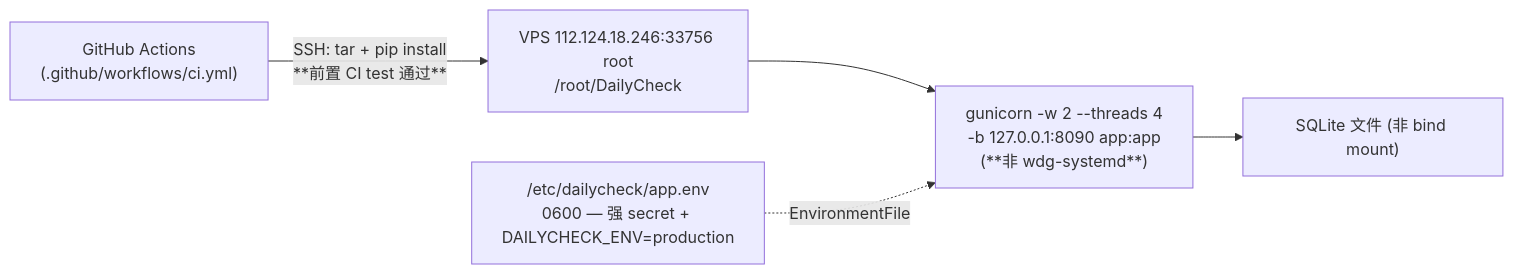
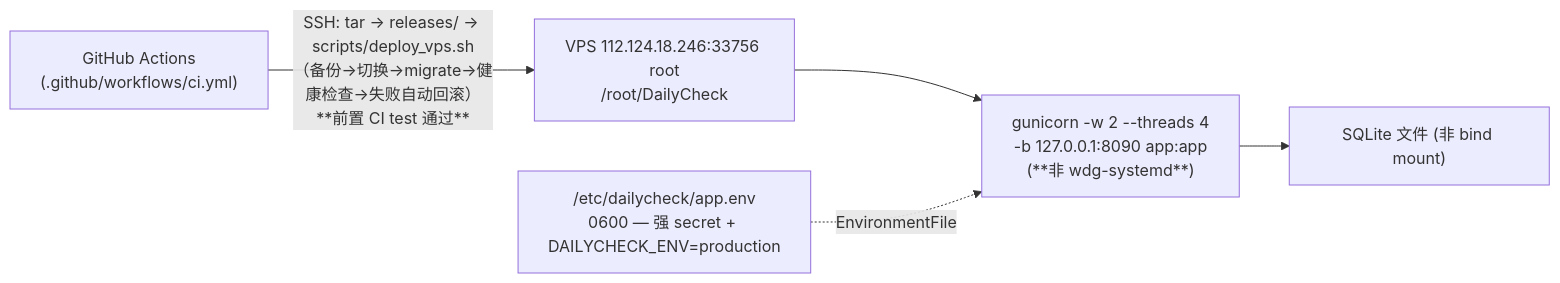
The third of 17 diagrams in docs/ARCHITECTURE.md (ericmr1981/DailyCheck), drawn with Mermaid before and after one commit. The commit also changed other lines of this file and 6 other files, not shown here.

````diff
--- a/docs/ARCHITECTURE.md
+++ b/docs/ARCHITECTURE.md
@@ -114,13 +114,13 @@
 ```mermaid
 flowchart LR
     GitHub["GitHub Actions<br/>(.github/workflows/ci.yml)"]
     VPS["VPS 112.124.18.246:33756 root<br/>/root/DailyCheck"]
     Gunicorn["gunicorn -w 2 --threads 4<br/>-b 127.0.0.1:8090 app:app<br/>(**非 wdg-systemd**)"]
     SQLite["SQLite 文件 (非 bind mount)"]
     Secrets["/etc/dailycheck/app.env<br/>0600 — 强 secret + DAILYCHECK_ENV=production"]
 
-    GitHub -->|SSH: tar + pip install<br/>**前置 CI test 通过**| VPS
+    GitHub -->|SSH: tar → releases/ → scripts/deploy_vps.sh<br/>（备份→切换→migrate→健康检查→失败自动回滚）<br/>**前置 CI test 通过**| VPS
     VPS --> Gunicorn
     Gunicorn --> SQLite
     Secrets -.->|EnvironmentFile| Gunicorn
 ```
````
